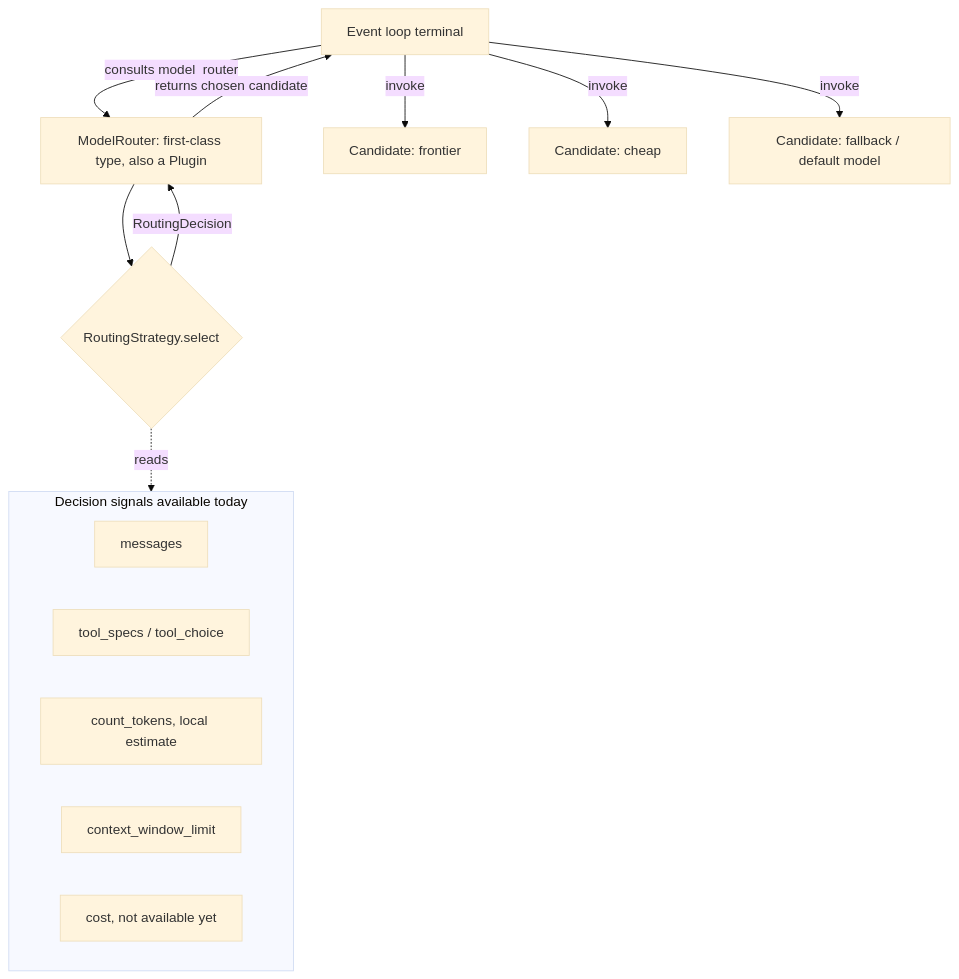
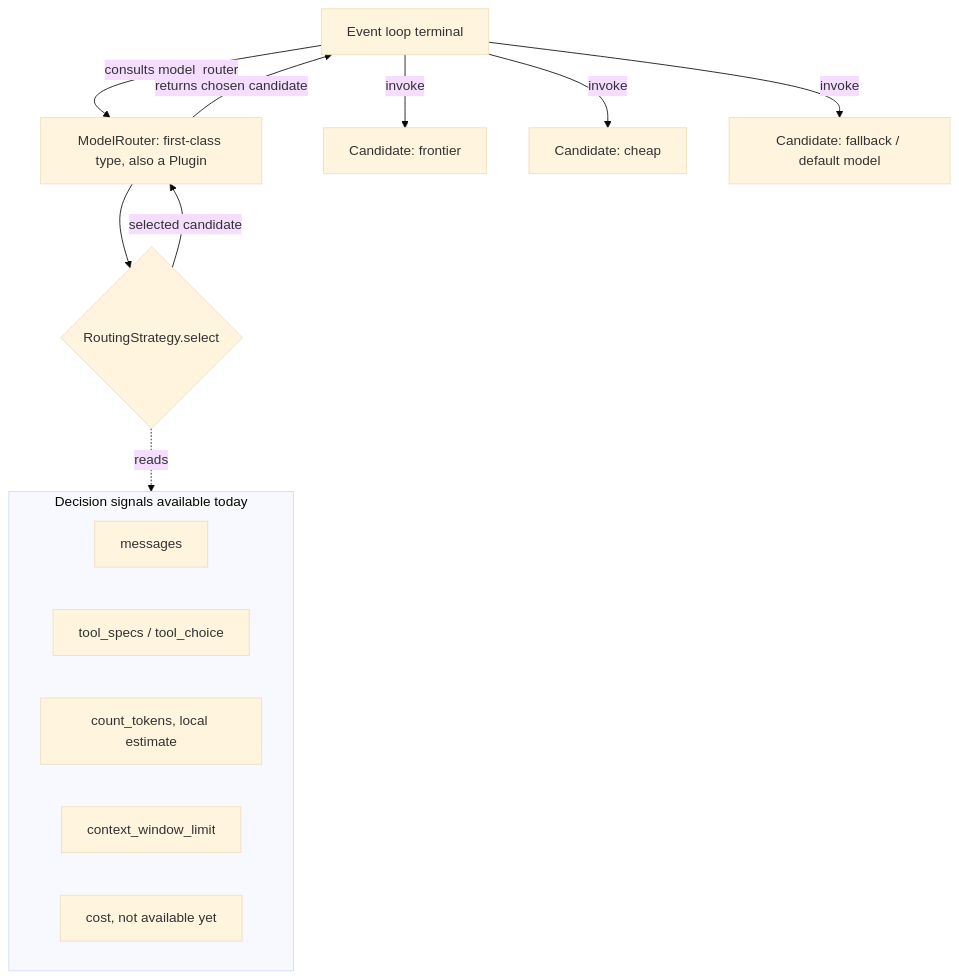
Before and after one commit to strands-agents/sdk-python: the first of 4 diagrams in team/designs/0015-model-routing.md, drawn with Mermaid (base theme). The commit also changed other lines of this file, not shown here.

First line of the commit message:
docs(model-routing): make v1 ContextFitStrategy cost-free and align select() signature

````diff
--- a/team/designs/0015-model-routing.md
+++ b/team/designs/0015-model-routing.md
@@ -147,19 +151,19 @@
 ```mermaid
 graph TD
     EL[Event loop terminal] -->|consults model_router| R[ModelRouter: first-class type, also a Plugin]
     R --> ST{RoutingStrategy.select}
-    ST -->|RoutingDecision| R
+    ST -->|selected candidate| R
     R -->|returns chosen candidate| EL
     EL -->|invoke| C1[Candidate: frontier]
     EL -->|invoke| C2[Candidate: cheap]
     EL -->|invoke| C3[Candidate: fallback / default model]
 
     subgraph SIG[Decision signals available today]
         S1[messages]
         S2[tool_specs / tool_choice]
         S3[count_tokens, local estimate]
         S4[context_window_limit]
         S5[cost, not available yet]
     end
     ST -.reads.-> SIG
 ```
````
